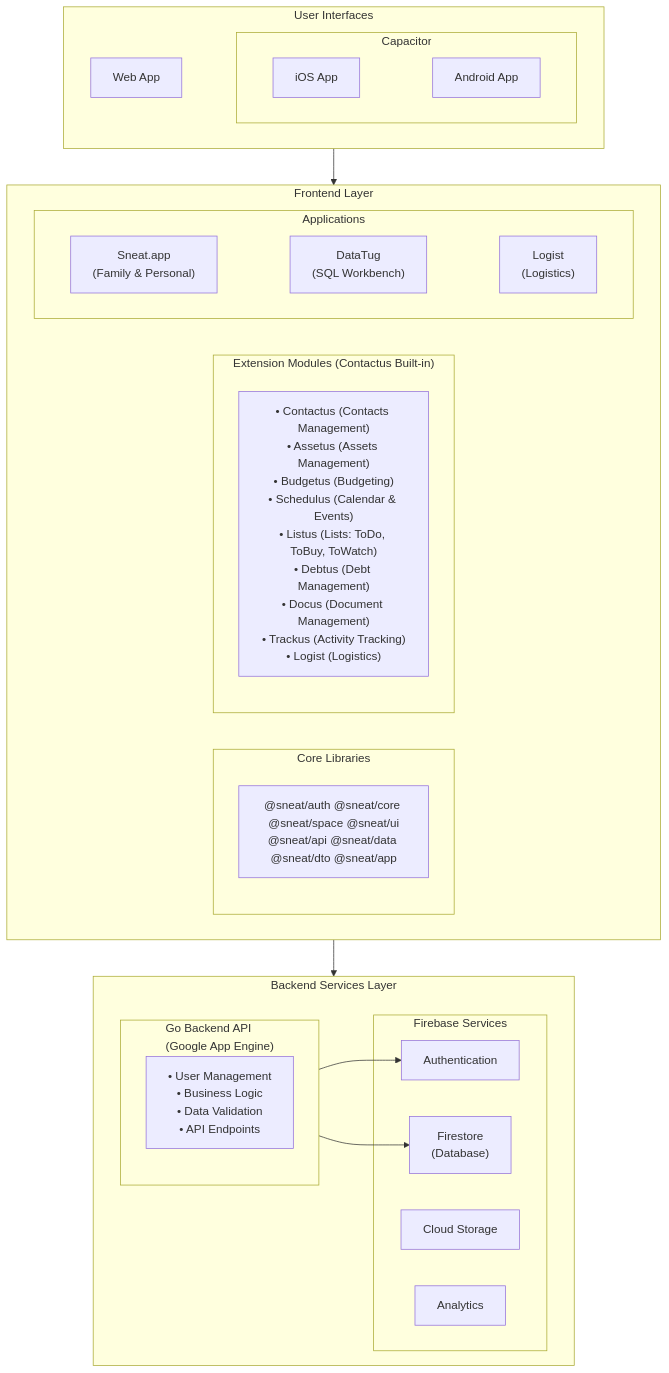
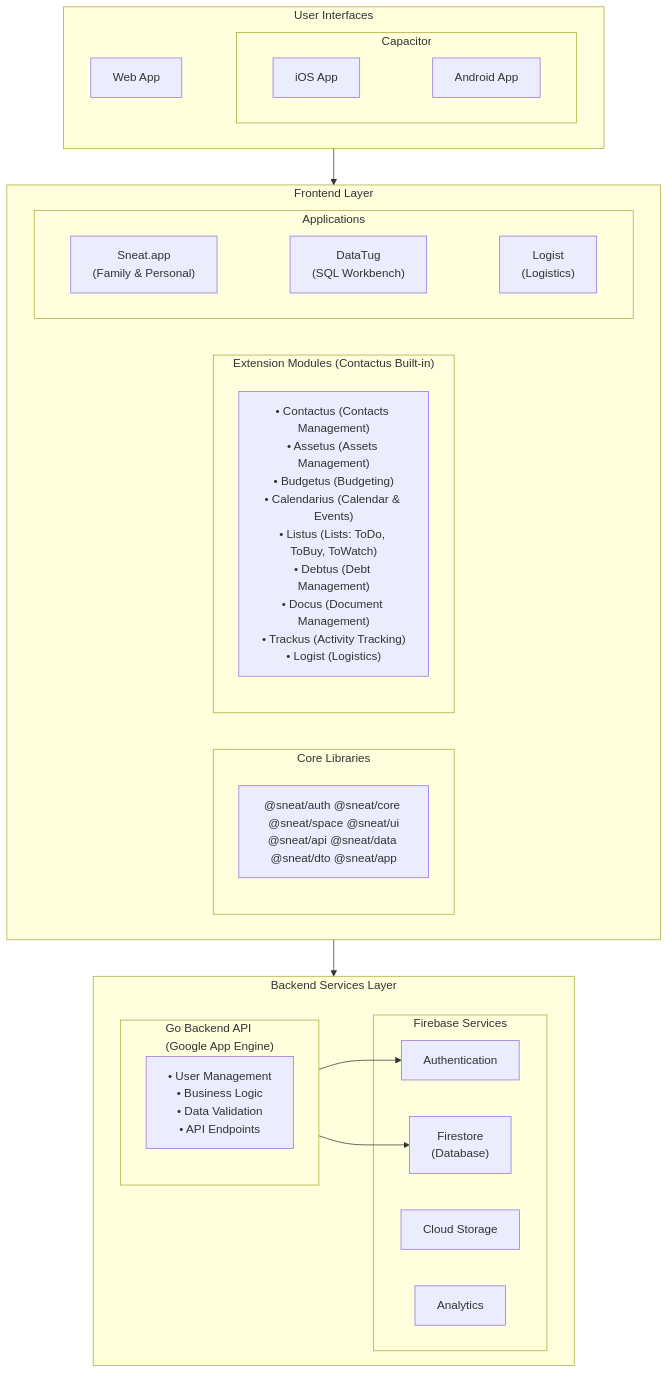
The first of 6 diagrams in docs/ARCHITECTURE.md (sneat-co/sneat-apps), drawn with Mermaid before and after one commit. The commit also changed other lines of this file and 34 other files, not shown here.

First line of the commit message:
refactor(calendarius): repoint app wiring from schedulus -> calendarius (#3416)

````diff
--- a/docs/ARCHITECTURE.md
+++ b/docs/ARCHITECTURE.md
@@ -71,63 +71,63 @@
 ```mermaid
 graph TB
     subgraph UI["User Interfaces"]
         direction LR
         web --- Capacitor
         iOS --- Android
 
         linkStyle 0 stroke-width:0px
         linkStyle 1 stroke-width:0px
 
         web["Web App"]
         subgraph Capacitor["Capacitor"]
             direction LR
             iOS["iOS App"]
             Android["Android App"]
         end
     end
 
 
     subgraph Frontend["Frontend Layer"]
 
         subgraph CoreLibs["Core Libraries"]
             CoreLib["@sneat/auth @sneat/core @sneat/space @sneat/ui<br/>@sneat/api @sneat/data @sneat/dto @sneat/app"]
         end
 
         subgraph Extensions["Extension Modules (Contactus Built-in)"]
-            ExtList["• Contactus (Contacts Management)<br/>• Assetus (Assets Management)<br/>• Budgetus (Budgeting)<br/>• Schedulus (Calendar & Events)<br/>• Listus (Lists: ToDo, ToBuy, ToWatch)<br/>• Debtus (Debt Management)<br/>• Docus (Document Management)<br/>• Trackus (Activity Tracking)<br/>• Logist (Logistics)"]
+            ExtList["• Contactus (Contacts Management)<br/>• Assetus (Assets Management)<br/>• Budgetus (Budgeting)<br/>• Calendarius (Calendar & Events)<br/>• Listus (Lists: ToDo, ToBuy, ToWatch)<br/>• Debtus (Debt Management)<br/>• Docus (Document Management)<br/>• Trackus (Activity Tracking)<br/>• Logist (Logistics)"]
         end
 
         subgraph Apps["Applications"]
 
             SneatApp["Sneat.app<br/>(Family & Personal)"]
             DataTug["DataTug<br/>(SQL Workbench)"]
             Logist["Logist<br/>(Logistics)"]
 
             direction LR
             SneatApp --- DataTug
             DataTug --- Logist
 
             linkStyle 2 stroke-width:0px
             linkStyle 3 stroke-width:0px
         end
 
     end
 
     subgraph Backend["Backend Services Layer"]
         subgraph Firebase["Firebase Services"]
             Auth["Authentication"]
             Firestore["Firestore<br/>(Database)"]
             Storage["Cloud Storage"]
             Analytics["Analytics"]
         end
 
         subgraph GoBackend["Go Backend API<br/>(Google App Engine)"]
             UserMgmt["• User Management<br/>• Business Logic<br/>• Data Validation<br/>• API Endpoints"]
         end
     end
 
     UI --> Frontend
     Frontend --> Backend
     GoBackend --> Auth
     GoBackend --> Firestore
 ```
````
